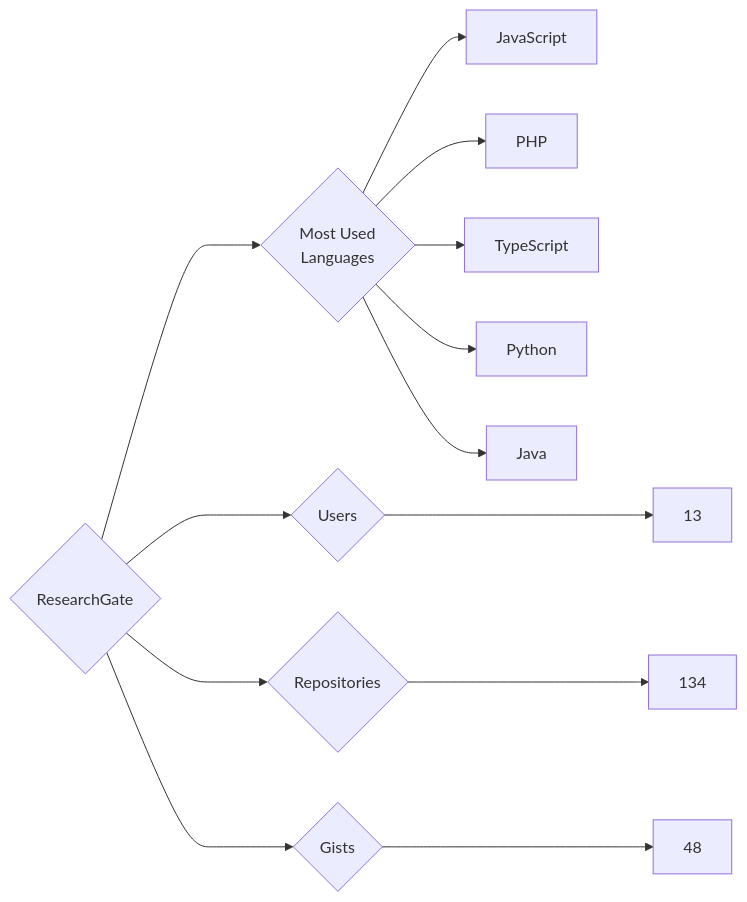
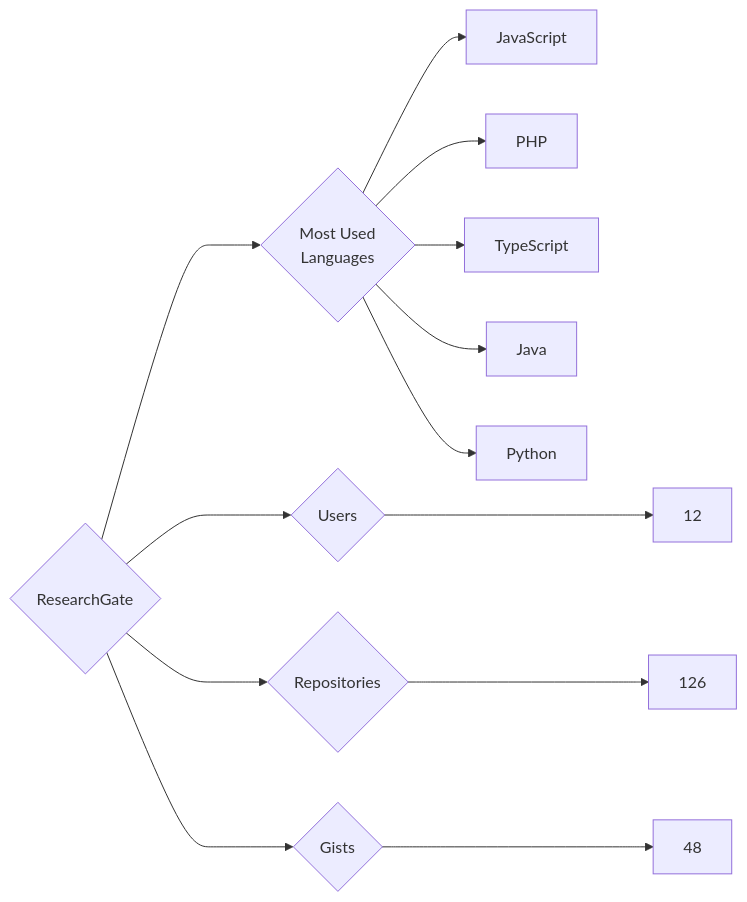
Before and after one commit to trickest/insiders: the diagram in targets/ResearchGate/README.md, drawn with Mermaid. The commit also changed 895 other files, not shown here.

````diff
--- a/targets/ResearchGate/README.md
+++ b/targets/ResearchGate/README.md
@@ -3,13 +3,13 @@
 ```mermaid
 graph LR
 COMPANY_NAME{ResearchGate}
-COMPANY_NAME ---> U{Users} ---> UN[13]
-COMPANY_NAME ---> R{Repositories} ---> RN[134]
+COMPANY_NAME ---> U{Users} ---> UN[12]
+COMPANY_NAME ---> R{Repositories} ---> RN[126]
 COMPANY_NAME ---> G{Gists} ---> GN[48]
 COMPANY_NAME ---> ML{Most Used<br>Languages}
 ML --> JavaScript[JavaScript]
 ML --> PHP[PHP]
 ML --> TypeScript[TypeScript]
+ML --> Java[Java]
 ML --> Python[Python]
-ML --> Java[Java]
 ```
````
